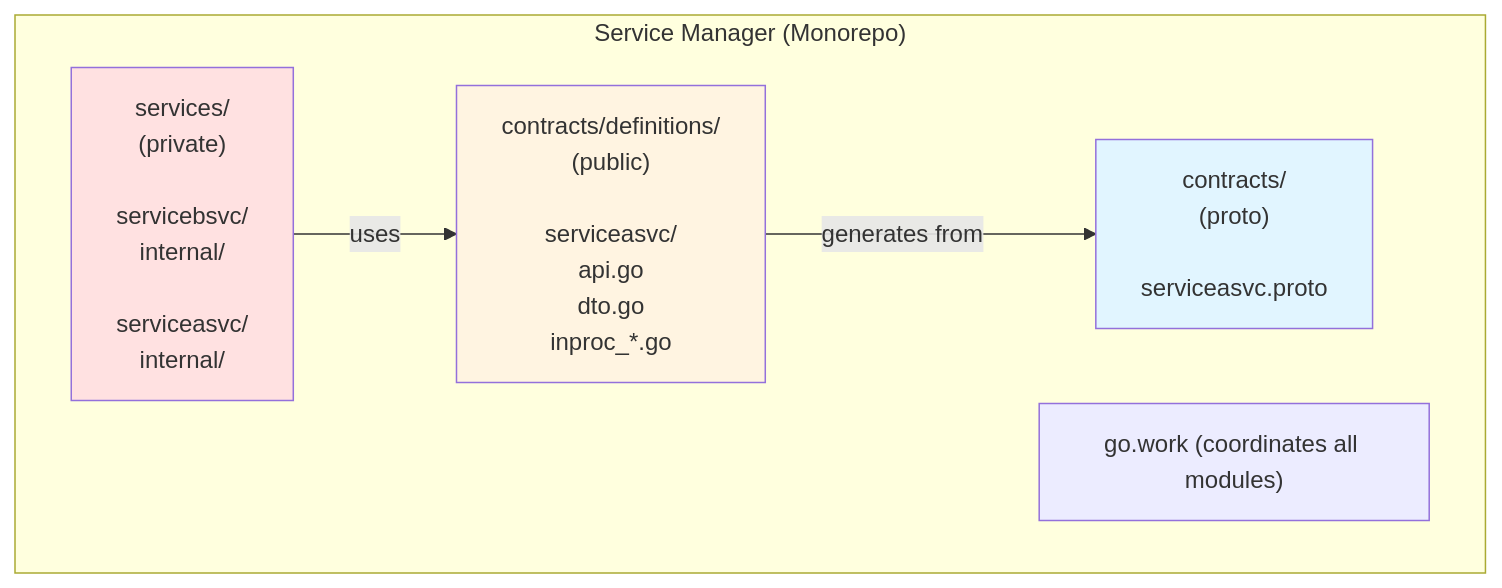
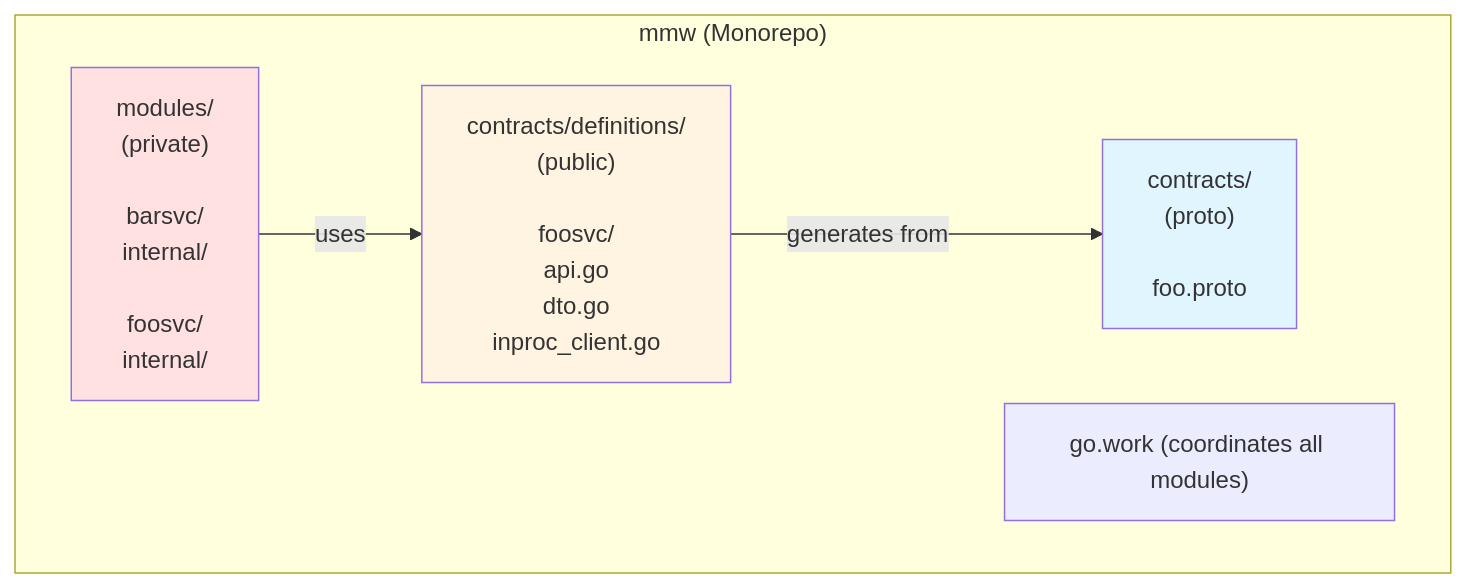
Before and after one commit to pivaldi/go-modular-monolith-white-paper: the first of 5 diagrams in white-paper.md, drawn with Mermaid. The commit also changed other lines of this file and 20 other files, not shown here.

````diff
--- a/white-paper.md
+++ b/white-paper.md
@@ -267,17 +267,17 @@
 ```mermaid
 graph TB
-    subgraph monorepo["Service Manager (Monorepo)"]
-        contracts["contracts/<br/>(proto)<br/><br/>serviceasvc.proto"]
-        contract_def["contracts/definitions/<br/>(public)<br/><br/>serviceasvc/<br/>api.go<br/>dto.go<br/>inproc_*.go"]
-        services["services/<br/>(private)<br/><br/>servicebsvc/<br/>internal/<br/><br/>serviceasvc/<br/>internal/"]
+    subgraph monorepo["mmw (Monorepo)"]
+        contracts["contracts/<br/>(proto)<br/><br/>foo.proto"]
+        contract_def["contracts/definitions/<br/>(public)<br/><br/>foosvc/<br/>api.go<br/>dto.go<br/>inproc_client.go"]
+        services["modules/<br/>(private)<br/><br/>barsvc/<br/>internal/<br/><br/>foosvc/<br/>internal/"]
 
         services -->|uses| contract_def
         contract_def -->|generates from| contracts
 
         workspace["go.work (coordinates all modules)"]
     end
 
     style contracts fill:#e1f5ff
     style contract_def fill:#fff4e1
     style services fill:#ffe1e1
 ```
````
